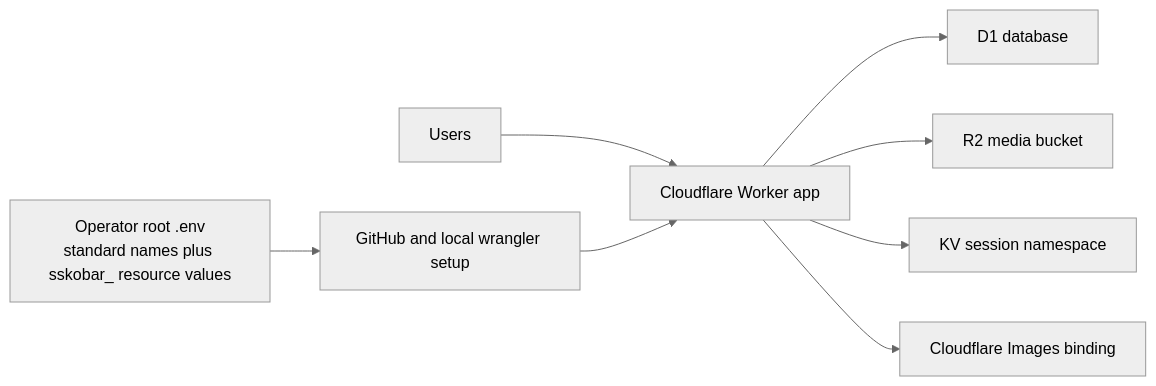
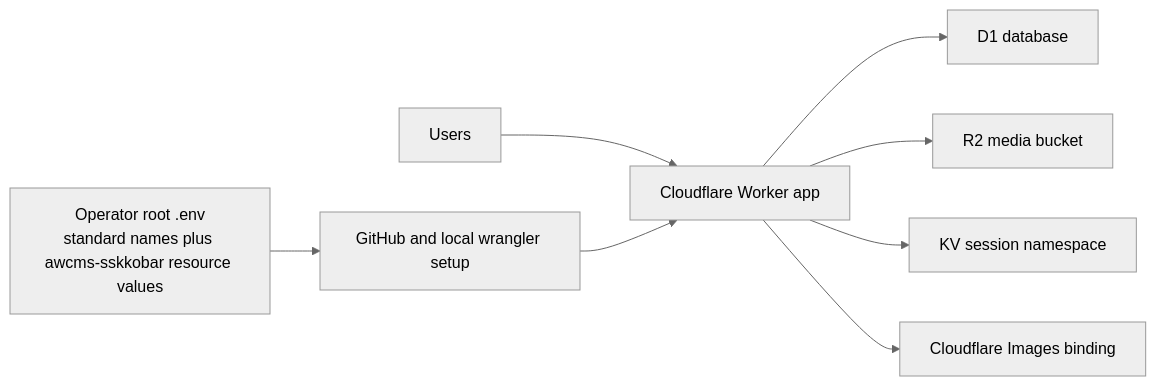
The diagram in docs/deployment/cloudflare.md (ahliweb/satusehatkobar), drawn with Mermaid (neutral theme) before and after one commit. The commit also changed other lines of this file and 19 other files, not shown here.

Commit message:
refactor: align Cloudflare infrastructure, backup resources, and project documentation with the canonical awcms-sskkobar identifier

````diff
--- a/docs/deployment/cloudflare.md
+++ b/docs/deployment/cloudflare.md
@@ -11,10 +11,10 @@
 ```mermaid
 flowchart LR
     U[Users] --> W[Cloudflare Worker app]
     W --> D[D1 database]
     W --> R[R2 media bucket]
     W --> K[KV session namespace]
     W --> I[Cloudflare Images binding]
-    O[Operator root .env\nstandard names plus sskobar_ resource values] --> G[GitHub and local wrangler setup]
+    O[Operator root .env\nstandard names plus awcms-sskkobar resource values] --> G[GitHub and local wrangler setup]
     G --> W
 ```
````
